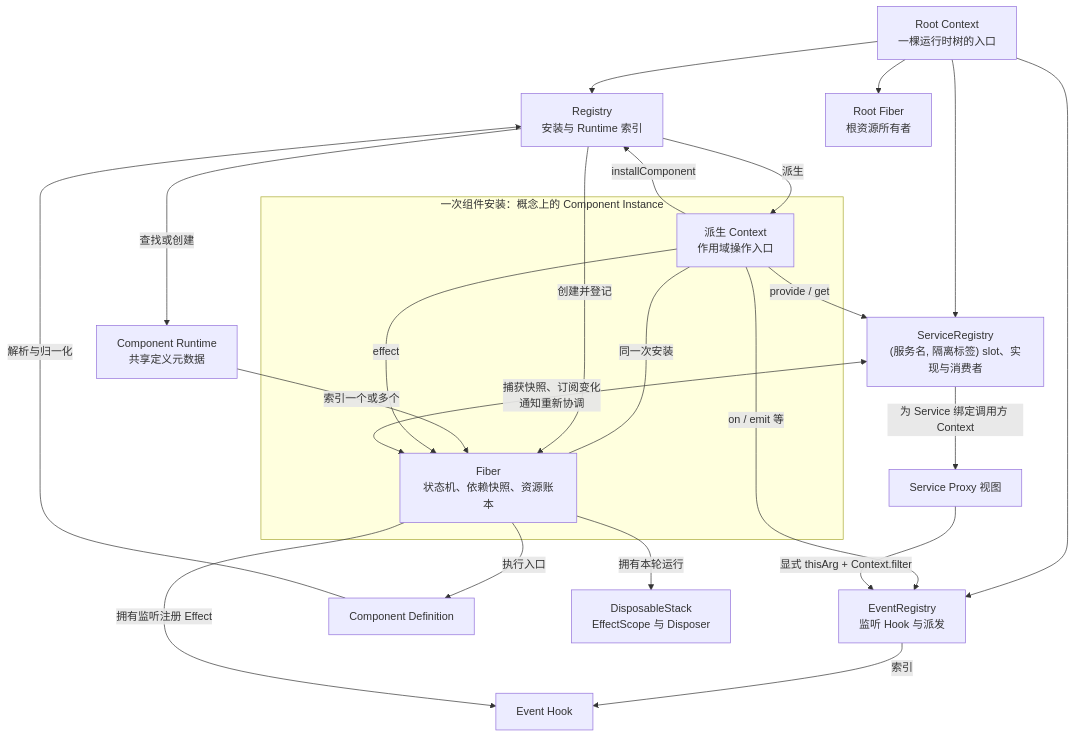
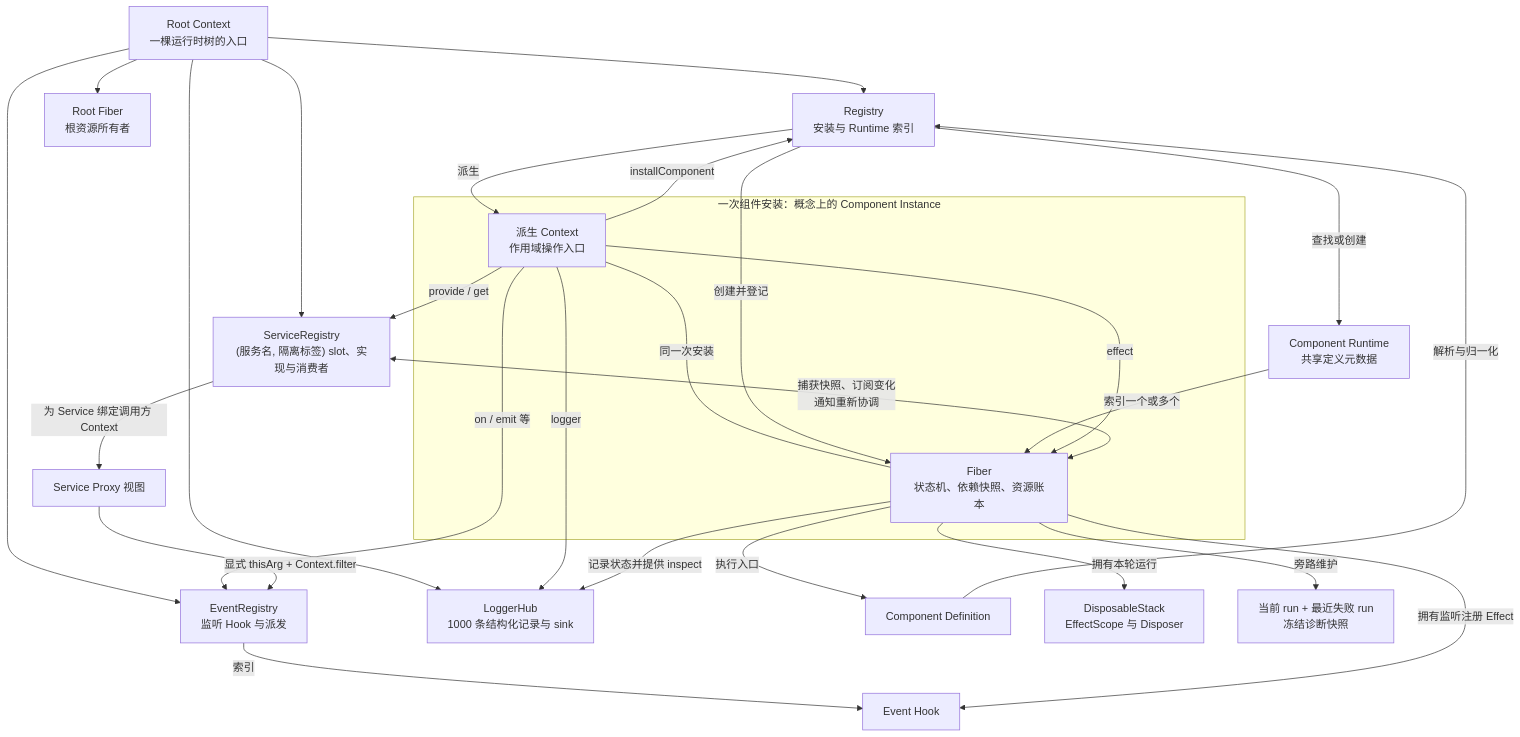
One commit to fanfan-de/NyaCore changed the second of 9 diagrams in docs/architecture.md. Above: the diagram before and after it, drawn with Mermaid. The commit also changed other lines of this file and 31 other files, not shown here.

````diff
--- a/docs/architecture.md
+++ b/docs/architecture.md
@@ -64,42 +68,47 @@
 ```mermaid
 flowchart TB
     Root["Root Context<br/>一棵运行时树的入口"]
     Registry["Registry<br/>安装与 Runtime 索引"]
     Services["ServiceRegistry<br/>(服务名, 隔离标签) slot、实现与消费者"]
     Events["EventRegistry<br/>监听 Hook 与派发"]
+    Logs["LoggerHub<br/>1000 条结构化记录与 sink"]
     RootFiber["Root Fiber<br/>根资源所有者"]
 
     Root --> Registry
     Root --> Services
     Root --> Events
+    Root --> Logs
     Root --> RootFiber
 
     Definition["Component Definition"]
     Runtime["Component Runtime<br/>共享定义元数据"]
 
     Definition -->|"解析与归一化"| Registry
     Registry -->|"查找或创建"| Runtime
 
     subgraph Instance["一次组件安装：概念上的 Component Instance"]
         Context["派生 Context<br/>作用域操作入口"]
         Fiber["Fiber<br/>状态机、依赖快照、资源账本"]
         Context ---|"同一次安装"| Fiber
     end
 
     Registry -->|"派生"| Context
     Registry -->|"创建并登记"| Fiber
     Runtime -->|"索引一个或多个"| Fiber
 
     Context -->|"installComponent"| Registry
     Context -->|"effect"| Fiber
     Context -->|"provide / get"| Services
     Context -->|"on / emit 等"| Events
+    Context -->|"logger"| Logs
 
     Services <-->|"捕获快照、订阅变化<br/>通知重新协调"| Fiber
     Services -->|"为 Service 绑定调用方 Context"| Facade["Service Proxy 视图"]
     Facade -->|"显式 thisArg + Context.filter"| Events
     Fiber -->|"执行入口"| Definition
     Fiber -->|"拥有本轮运行"| Effects["DisposableStack<br/>EffectScope 与 Disposer"]
     Events -->|"索引"| Hook["Event Hook"]
     Fiber -->|"拥有监听注册 Effect"| Hook
+    Fiber -->|"记录状态并提供 inspect"| Logs
+    Fiber -->|"旁路维护"| Diagnostics["当前 run + 最近失败 run<br/>冻结诊断快照"]
 ```
````
